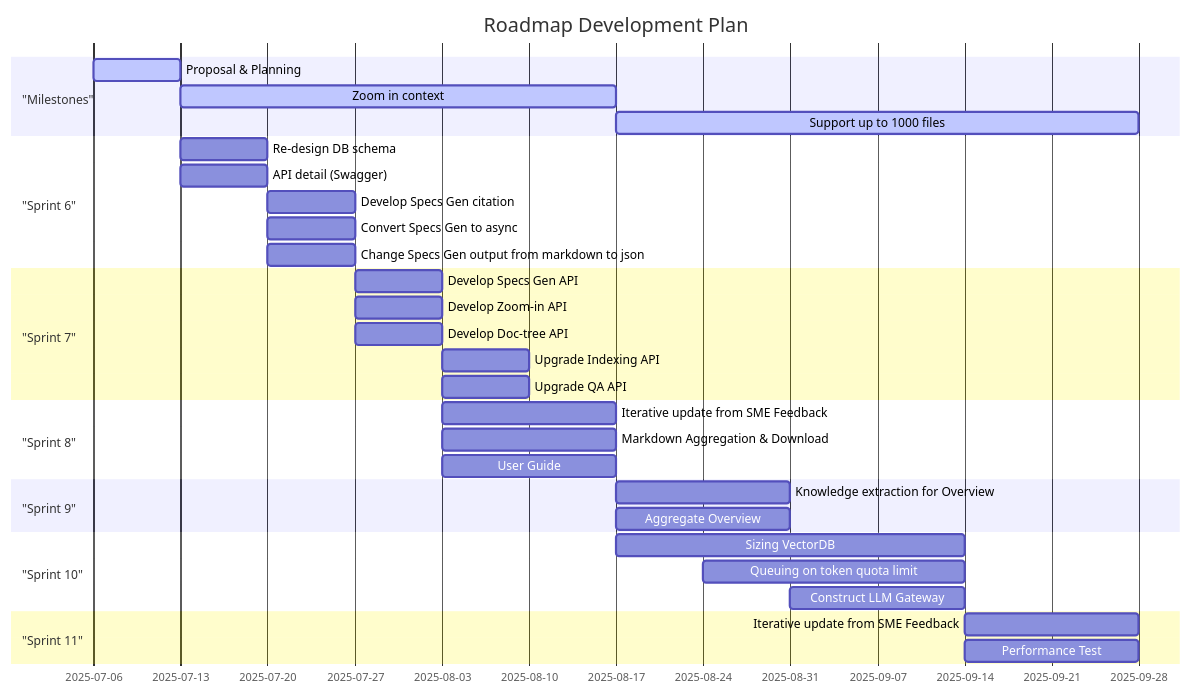
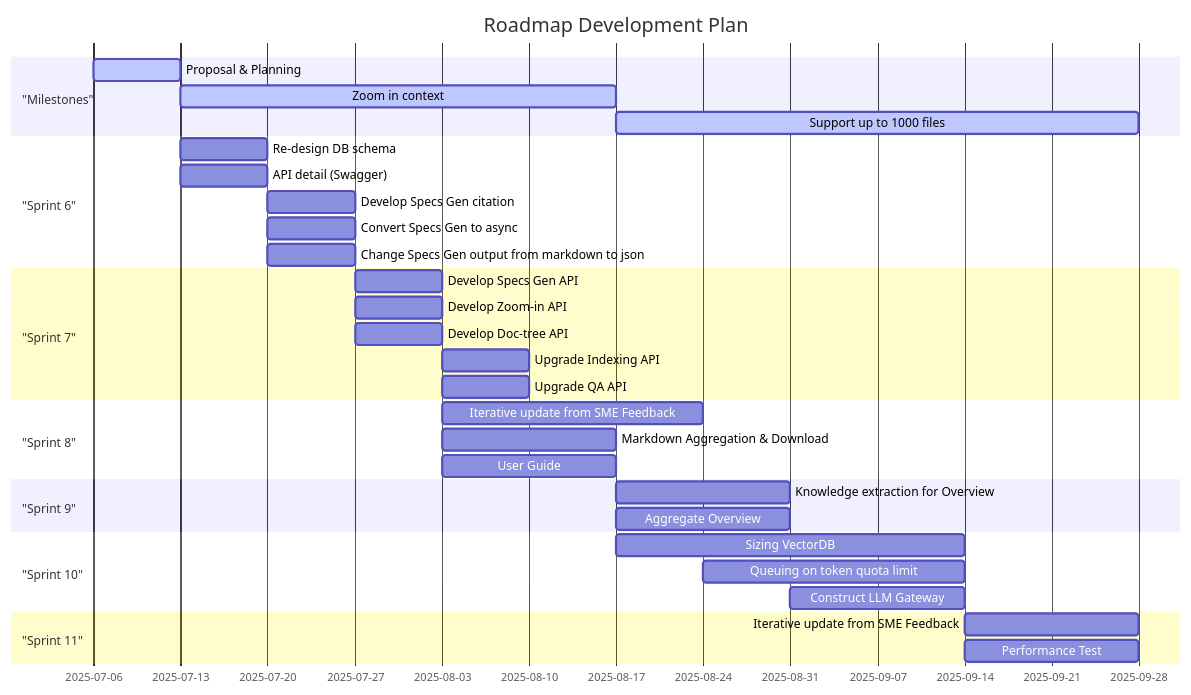
One commit to anhttmle/CAIO changed the diagram in C2B/Phase 2/Roadmap.md. Above: the diagram before and after it, drawn with Mermaid.

````diff
--- a/C2B/Phase 2/Roadmap.md
+++ b/C2B/Phase 2/Roadmap.md
@@ -3,51 +3,51 @@
 ```mermaid
 
 gantt
     title Roadmap Development Plan
     dateFormat  YYYY-MM-DD
     axisFormat  %Y-%m-%d
 
     section "Milestones"
     Proposal & Planning                     :active, zoom, 2025-07-06, 2025-07-13
     Zoom in context                     :active, zoom, 2025-07-13, 2025-08-17
     Support up to 1000 files           :active, scale_up, 2025-08-17, 2025-09-28
 
     section "Sprint 6"
     Re-design DB schema                :db_schema, 2025-07-13, 2025-07-20
     API detail (Swagger)            :doc_api, 2025-07-13, 2025-07-20
 
     Develop Specs Gen citation             :citation_api, 2025-07-20, 2025-07-27
     Convert Specs Gen to async         :specs_async, 2025-07-20, 2025-07-27
     Change Specs Gen output from markdown to json             :convert_json, 2025-07-20, 2025-07-27
 
     section "Sprint 7"
     Develop Specs Gen API   :gen_specs, 2025-07-27, 2025-08-03
     Develop Zoom-in API   :zoom-in, 2025-07-27, 2025-08-03
     Develop Doc-tree API   :doc-tree, 2025-07-27, 2025-08-03
 
     Upgrade Indexing API    :index_api, 2025-08-03, 2025-08-10
     Upgrade QA API    :qa_api, 2025-08-03, 2025-08-10
 
     section "Sprint 8"
 
-    Iterative update from SME Feedback  :optimize, 2025-08-03, 2025-08-17
+    Iterative update from SME Feedback  :optimize, 2025-08-03, 2025-08-24
     Markdown Aggregation & Download   :markdown, 2025-08-03, 2025-08-17
     User Guide          :user-guide, 2025-08-03, 2025-08-17
 
     section "Sprint 9"
     Knowledge extraction for Overview    :knowledge_extract, 2025-08-17, 2025-08-31
     Aggregate Overview    :aggregate_overview, 2025-08-17, 2025-08-31
 
     section "Sprint 10"
     Sizing VectorDB    :sizing_vectordb, 2025-08-17, 2025-09-14
     Queuing on token quota limit    :queue_on_limit, 2025-08-24, 2025-09-14
     Construct LLM Gateway    :llm_gateway, 2025-08-31, 2025-09-14
 
     section "Sprint 11"
     Iterative update from SME Feedback  :optimize, 2025-09-14, 2025-09-28
     Performance Test  :optimize, 2025-09-14, 2025-09-28
 
 
 
 
 ```
````
